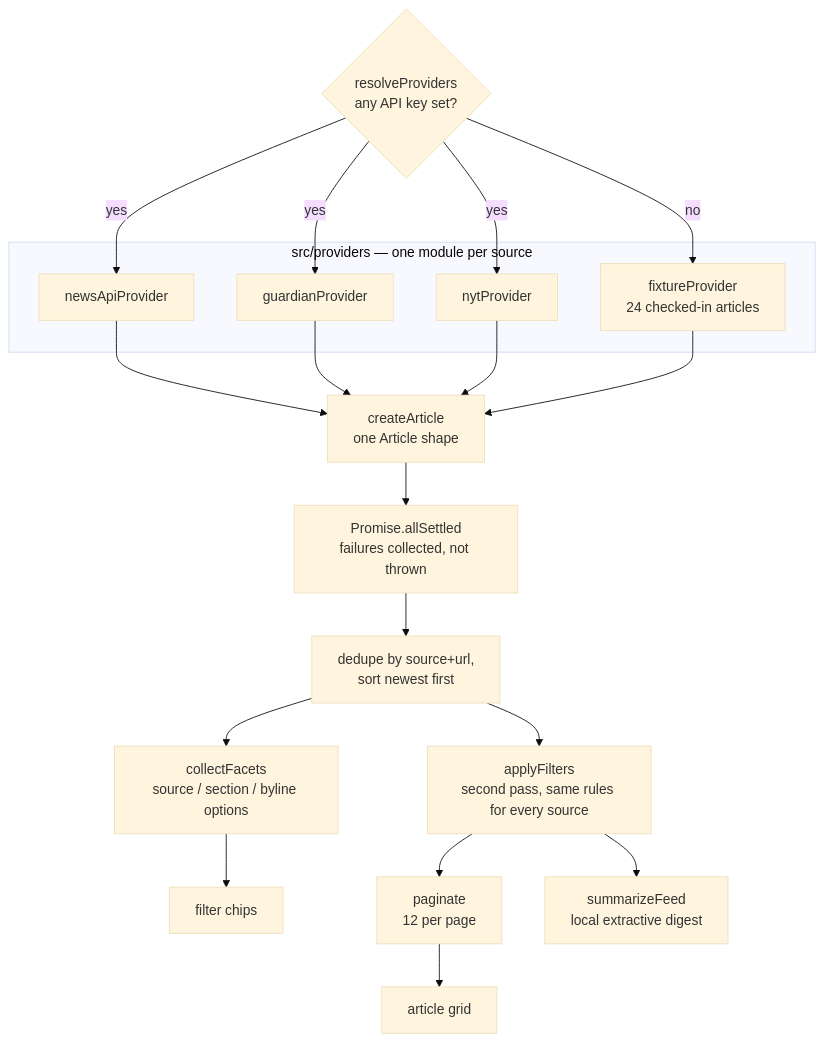
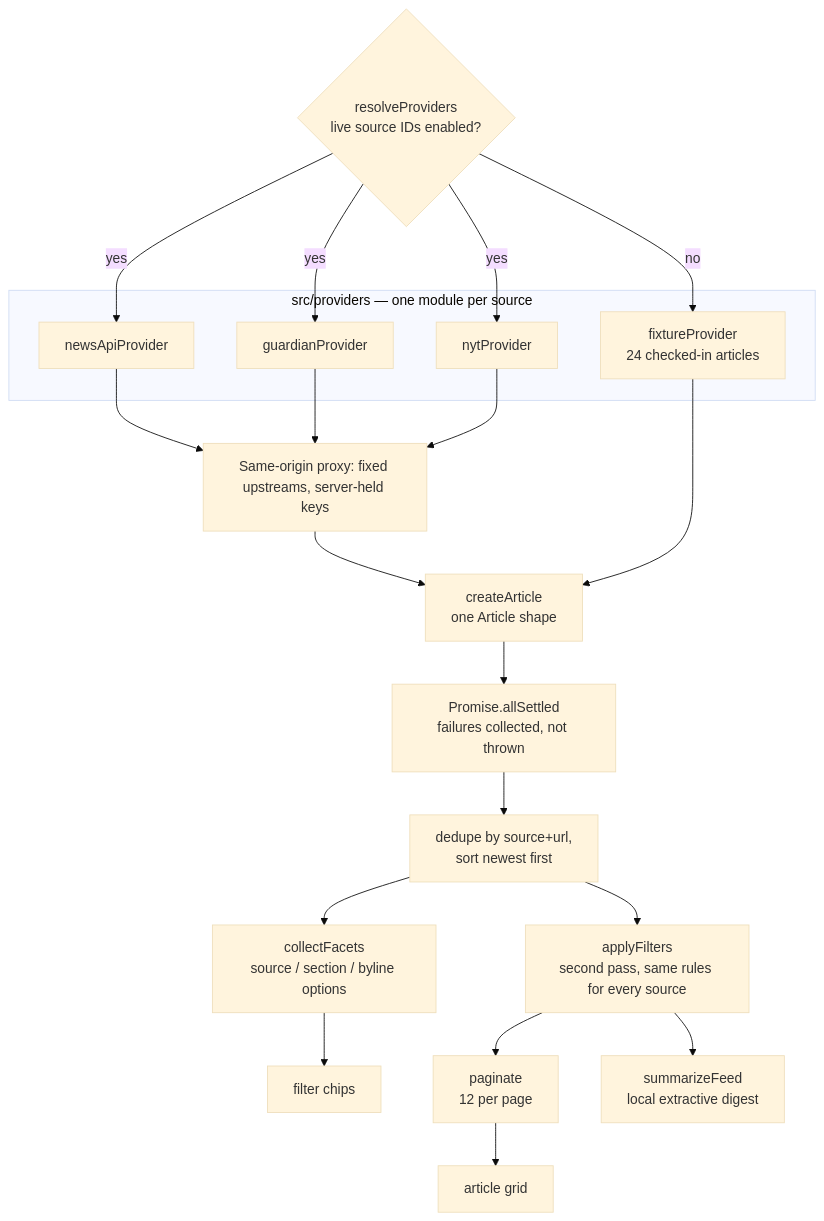
One commit to dev-mnadeem/news-feed-collector changed the diagram in README.md. Above: the diagram before and after it, drawn with Mermaid (base theme). The commit also changed other lines of this file and 15 other files, not shown here.

Commit message:
Keep news provider credentials behind a bounded server proxy

````diff
--- a/README.md
+++ b/README.md
@@ -59,23 +63,25 @@
 ```mermaid
 flowchart TB
     subgraph providers["src/providers — one module per source"]
         NA["newsApiProvider"]
         GU["guardianProvider"]
         NY["nytProvider"]
         FX["fixtureProvider<br/>24 checked-in articles"]
     end
 
-    REG{"resolveProviders<br/>any API key set?"}
+    REG{"resolveProviders<br/>live source IDs enabled?"}
     REG -- "yes" --> NA & GU & NY
     REG -- "no" --> FX
 
-    NA & GU & NY & FX --> NORM["createArticle<br/>one Article shape"]
+    NA & GU & NY --> PROXY["Same-origin proxy: fixed upstreams, server-held keys"]
+    PROXY --> NORM
+    FX --> NORM["createArticle<br/>one Article shape"]
     NORM --> FOLD["Promise.allSettled<br/>failures collected, not thrown"]
     FOLD --> DEDUPE["dedupe by source+url,<br/>sort newest first"]
     DEDUPE --> FACETS["collectFacets<br/>source / section / byline options"]
     DEDUPE --> FILTER["applyFilters<br/>second pass, same rules for every source"]
     FILTER --> PAGE["paginate<br/>12 per page"]
     PAGE --> GRID["article grid"]
     FACETS --> CHIPS["filter chips"]
     FILTER --> DIGEST["summarizeFeed<br/>local extractive digest"]
 ```
````
